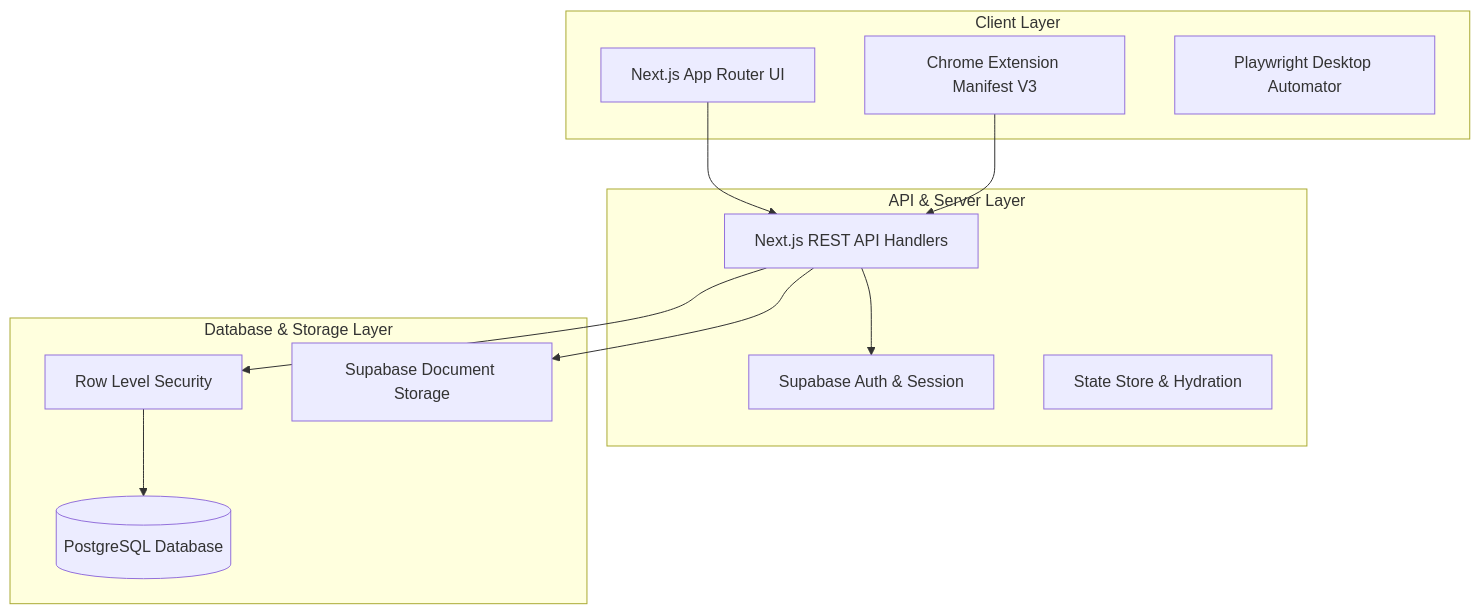
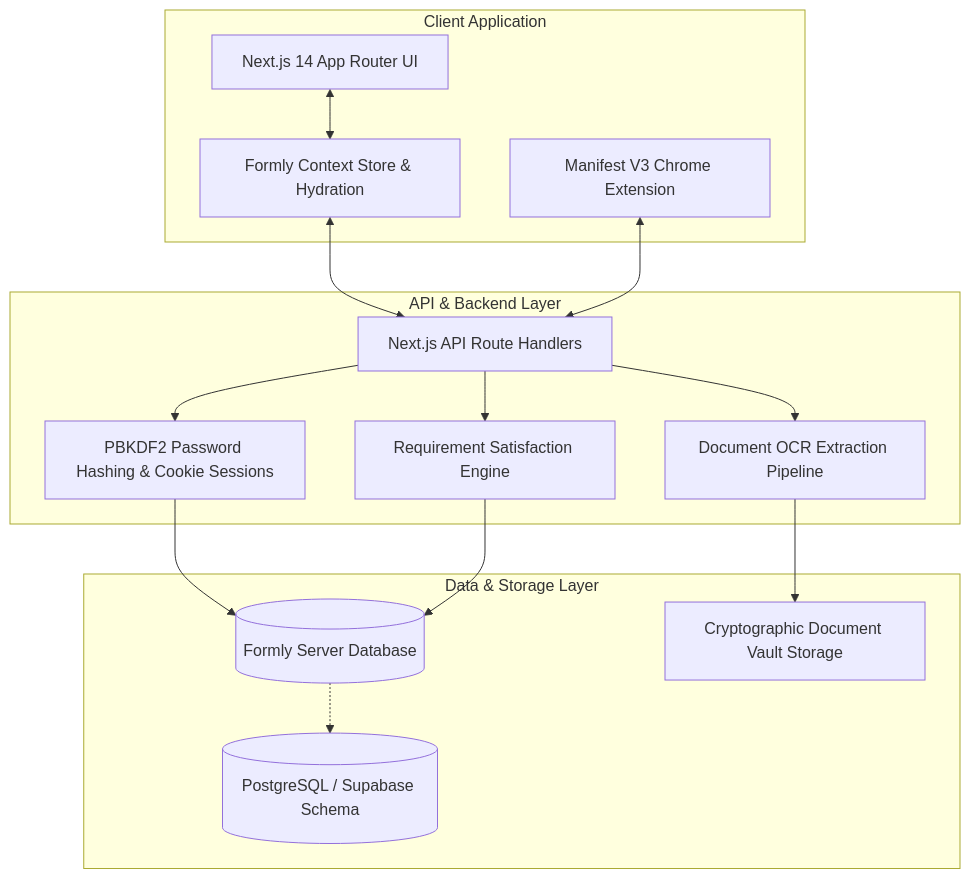
One commit to SaiSankeerth-dev/Formly changed the first of 2 diagrams in README.md. Above: the diagram before and after it, drawn with Mermaid. The commit also changed other lines of this file and 3 other files, not shown here.

````diff
--- a/README.md
+++ b/README.md
@@ -44,27 +46,32 @@
 ```mermaid
 flowchart TD
-    subgraph Client Layer
-        UI[Next.js App Router UI]
-        EXT[Chrome Extension Manifest V3]
-        AUT[Playwright Desktop Automator]
+    subgraph Client Application
+        UI[Next.js 14 App Router UI]
+        STORE[Formly Context Store & Hydration]
+        EXT[Manifest V3 Chrome Extension]
     end
 
-    subgraph API & Server Layer
-        API[Next.js REST API Handlers]
-        AUTH[Supabase Auth & Session]
-        STORE[State Store & Hydration]
+    subgraph API & Backend Layer
+        API[Next.js API Route Handlers]
+        AUTH[PBKDF2 Password Hashing & Cookie Sessions]
+        OCR[Document OCR Extraction Pipeline]
+        MATCHER[Requirement Satisfaction Engine]
     end
 
-    subgraph Database & Storage Layer
-        DB[(PostgreSQL Database)]
-        RLS[Row Level Security]
-        STORAGE[Supabase Document Storage]
+    subgraph Data & Storage Layer
+        DB[(Formly Server Database)]
+        PG[(PostgreSQL / Supabase Schema)]
+        VAULT[Cryptographic Document Vault Storage]
     end
 
-    UI --> API
-    EXT --> API
+    UI <--> STORE
+    STORE <--> API
+    EXT <--> API
     API --> AUTH
-    API --> RLS
-    RLS --> DB
-    API --> STORAGE
+    API --> OCR
+    API --> MATCHER
+    AUTH --> DB
+    MATCHER --> DB
+    OCR --> VAULT
+    DB -.-> PG
 ```
````
